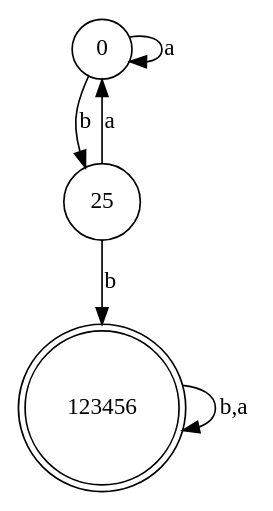
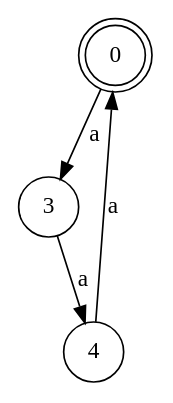
Before and after one commit to igorbragaia/CTC-34: the diagram in projeto_1/test-output/graph.gv, drawn with Graphviz. The commit also changed 10 other files, not shown here.

```diff
--- a/projeto_1/test-output/graph.gv
+++ b/projeto_1/test-output/graph.gv
@@ -1,10 +1,8 @@
 digraph {
-	0 [shape=circle]
-	25 [shape=circle]
-	123456 [shape=doublecircle]
-	0 -> 25 [label=b]
-	25 -> 123456 [label=b]
-	123456 -> 123456 [label="b,a"]
-	0 -> 0 [label=a]
-	25 -> 0 [label=a]
+	0 [shape=doublecircle]
+	3 [shape=circle]
+	4 [shape=circle]
+	0 -> 3 [label=a]
+	3 -> 4 [label=a]
+	4 -> 0 [label=a]
 }
```
